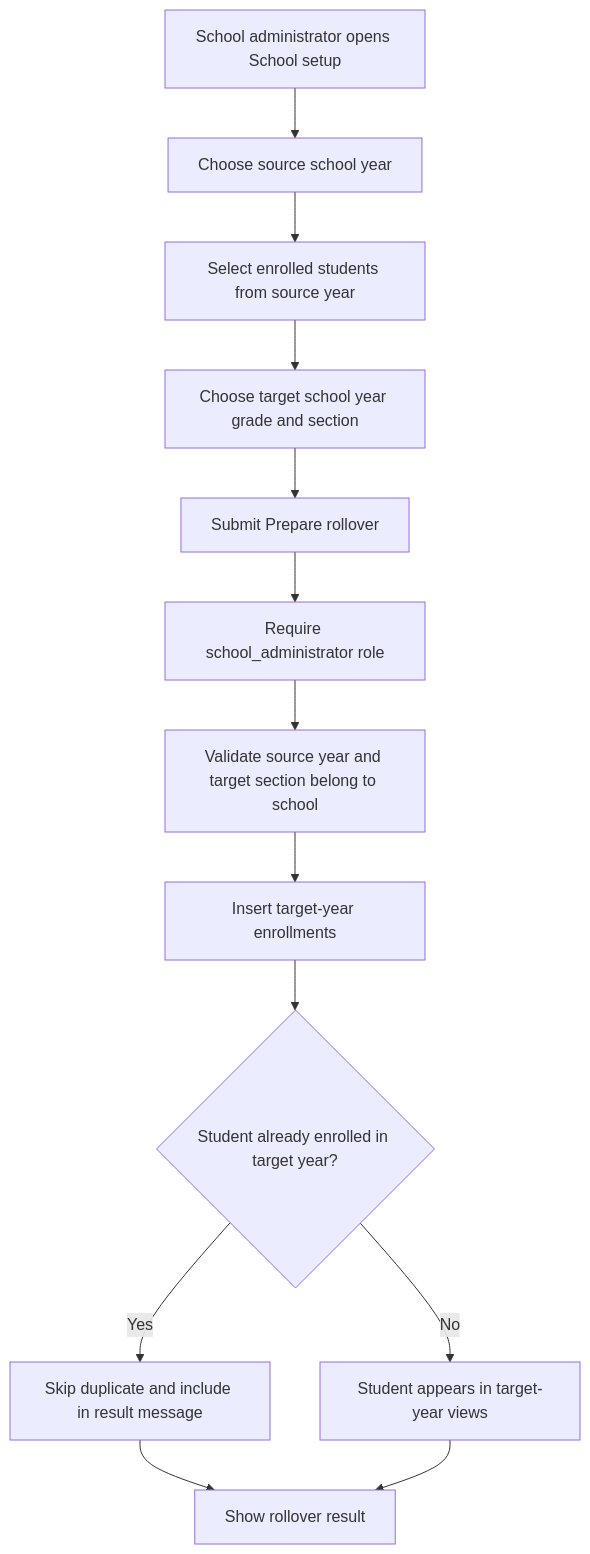
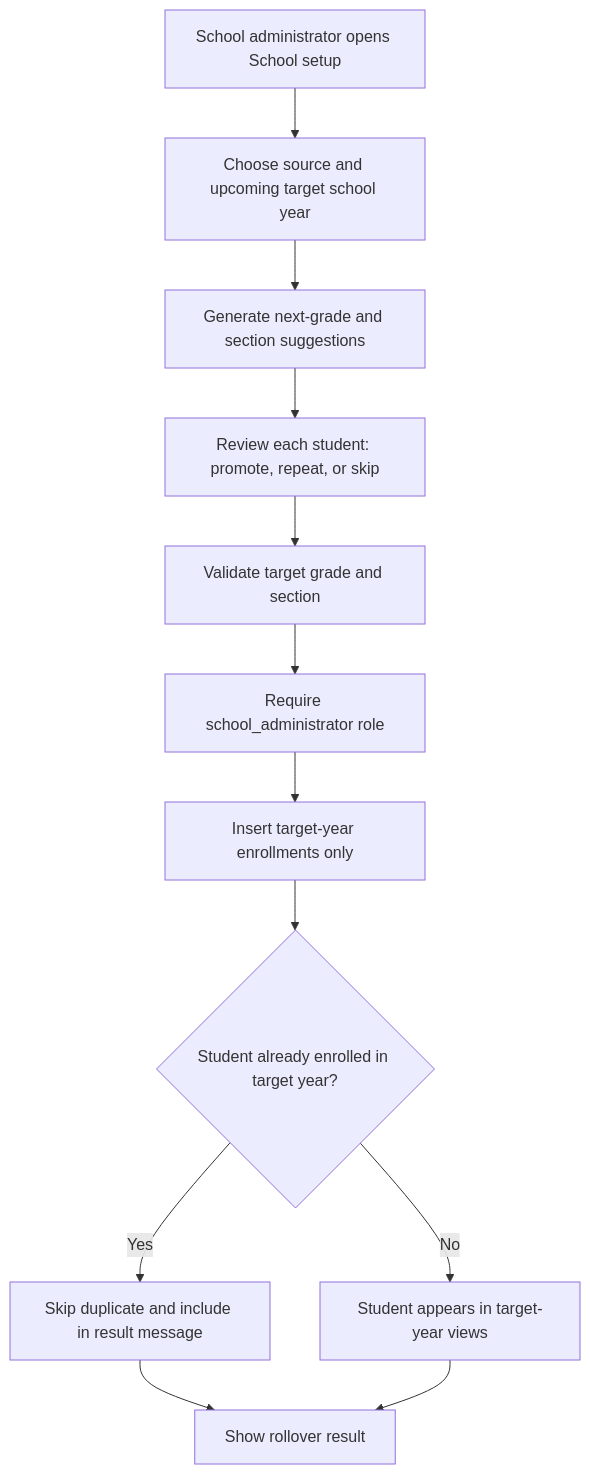
Before and after one commit to Xeyn19/xmetapay: the seventh of 21 diagrams in docs/PROJECT_FLOWCHARTS.md, drawn with Mermaid. The commit also changed other lines of this file and 16 other files, not shown here.

````diff
--- a/docs/PROJECT_FLOWCHARTS.md
+++ b/docs/PROJECT_FLOWCHARTS.md
@@ -272,15 +272,14 @@
 ```mermaid
 flowchart TD
-  A["School administrator opens School setup"] --> B["Choose source school year"]
-  B --> C["Select enrolled students from source year"]
-  C --> D["Choose target school year grade and section"]
-  D --> E["Submit Prepare rollover"]
+  A["School administrator opens School setup"] --> B["Choose source and upcoming target school year"]
+  B --> C["Generate next-grade and section suggestions"]
+  C --> D["Review each student: promote, repeat, or skip"]
+  D --> E["Validate target grade and section"]
   E --> F["Require school_administrator role"]
-  F --> G["Validate source year and target section belong to school"]
-  G --> H["Insert target-year enrollments"]
-  H --> I{"Student already enrolled in target year?"}
-  I -->|Yes| J["Skip duplicate and include in result message"]
-  I -->|No| K["Student appears in target-year views"]
-  J --> L["Show rollover result"]
-  K --> L
+  F --> G["Insert target-year enrollments only"]
+  G --> H{"Student already enrolled in target year?"}
+  H -->|Yes| I["Skip duplicate and include in result message"]
+  H -->|No| J["Student appears in target-year views"]
+  I --> K["Show rollover result"]
+  J --> K
 ```
````
